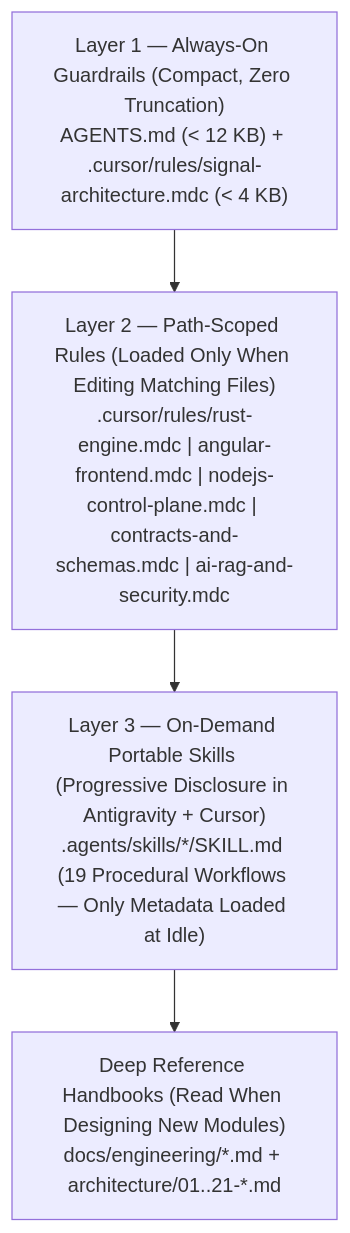
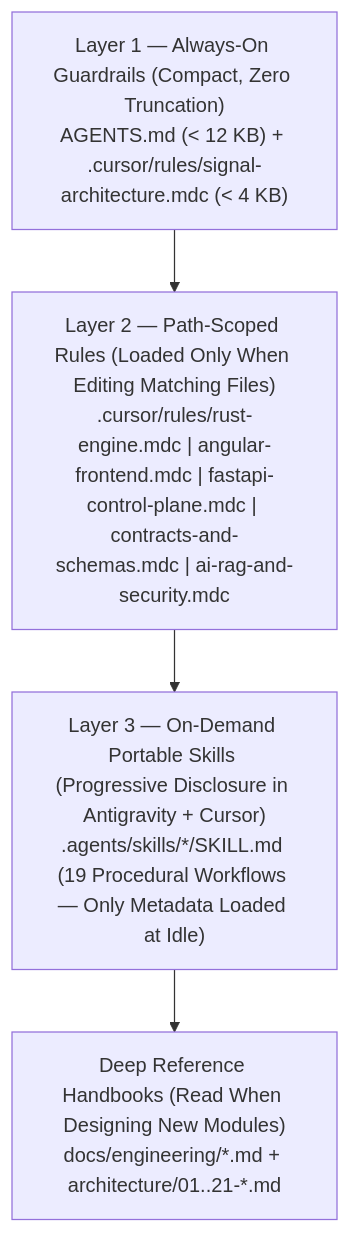
One commit to the-code-master/signal changed the diagram in docs/engineering/README.md. Above: the diagram before and after it, drawn with Mermaid. The commit also changed other lines of this file and 52 other files, not shown here.

Commit message:
docs: enforce Angular v22+, Rust 1.100+, Node 26 LTS+ & adopt Python 3.15+ FastAPI Control Plane (ADR-002)

````diff
--- a/docs/engineering/README.md
+++ b/docs/engineering/README.md
@@ -11,11 +11,11 @@
 ```mermaid
 flowchart TB
     L1["Layer 1 — Always-On Guardrails (Compact, Zero Truncation)\nAGENTS.md (< 12 KB) + .cursor/rules/signal-architecture.mdc (< 4 KB)"]
-    L2["Layer 2 — Path-Scoped Rules (Loaded Only When Editing Matching Files)\n.cursor/rules/rust-engine.mdc | angular-frontend.mdc | nodejs-control-plane.mdc | contracts-and-schemas.mdc | ai-rag-and-security.mdc"]
+    L2["Layer 2 — Path-Scoped Rules (Loaded Only When Editing Matching Files)\n.cursor/rules/rust-engine.mdc | angular-frontend.mdc | fastapi-control-plane.mdc | contracts-and-schemas.mdc | ai-rag-and-security.mdc"]
     L3["Layer 3 — On-Demand Portable Skills (Progressive Disclosure in Antigravity + Cursor)\n.agents/skills/*/SKILL.md (19 Procedural Workflows — Only Metadata Loaded at Idle)"]
     Ref["Deep Reference Handbooks (Read When Designing New Modules)\ndocs/engineering/*.md + architecture/01..21-*.md"]
 
     L1 --> L2
     L2 --> L3
     L3 --> Ref
 ```
````
